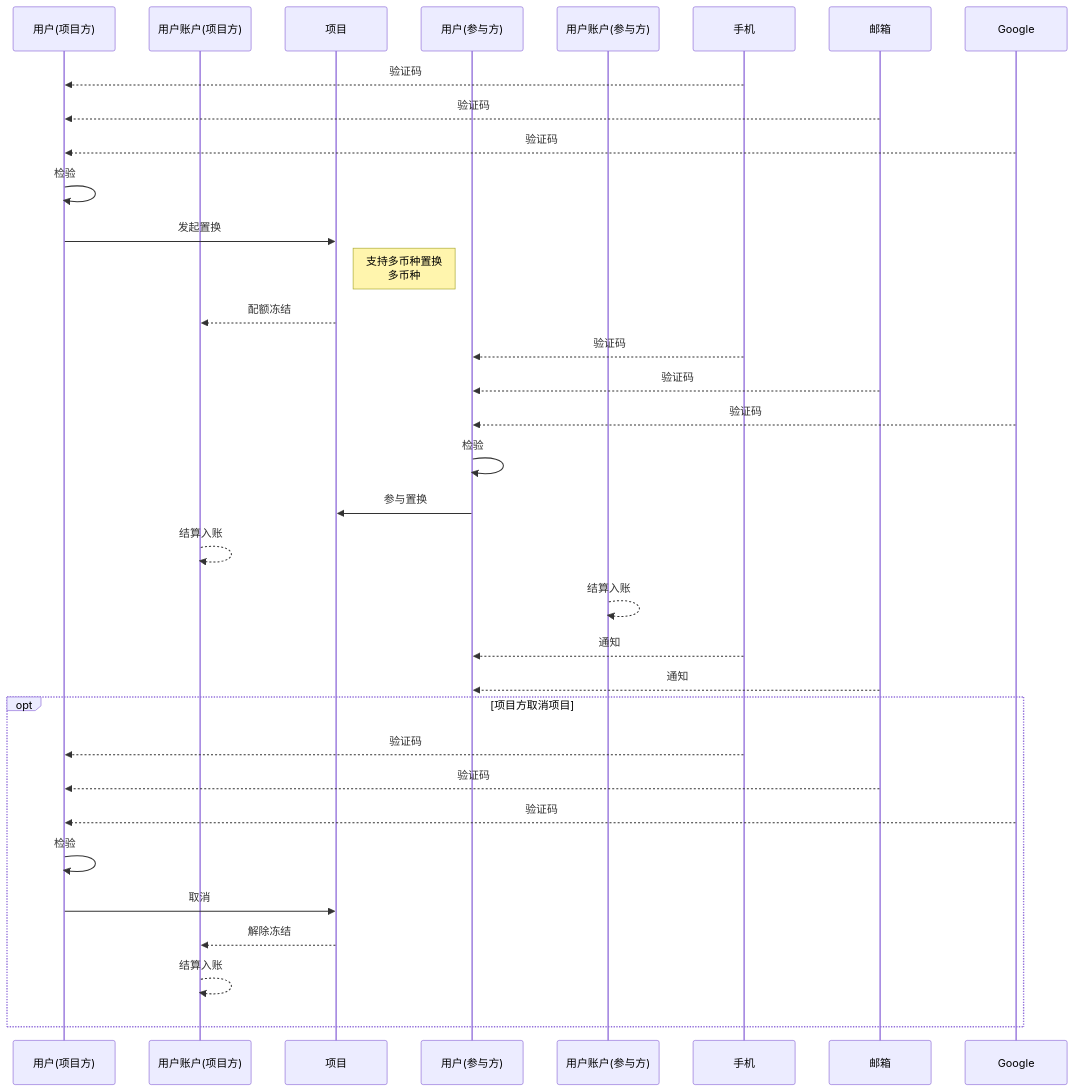
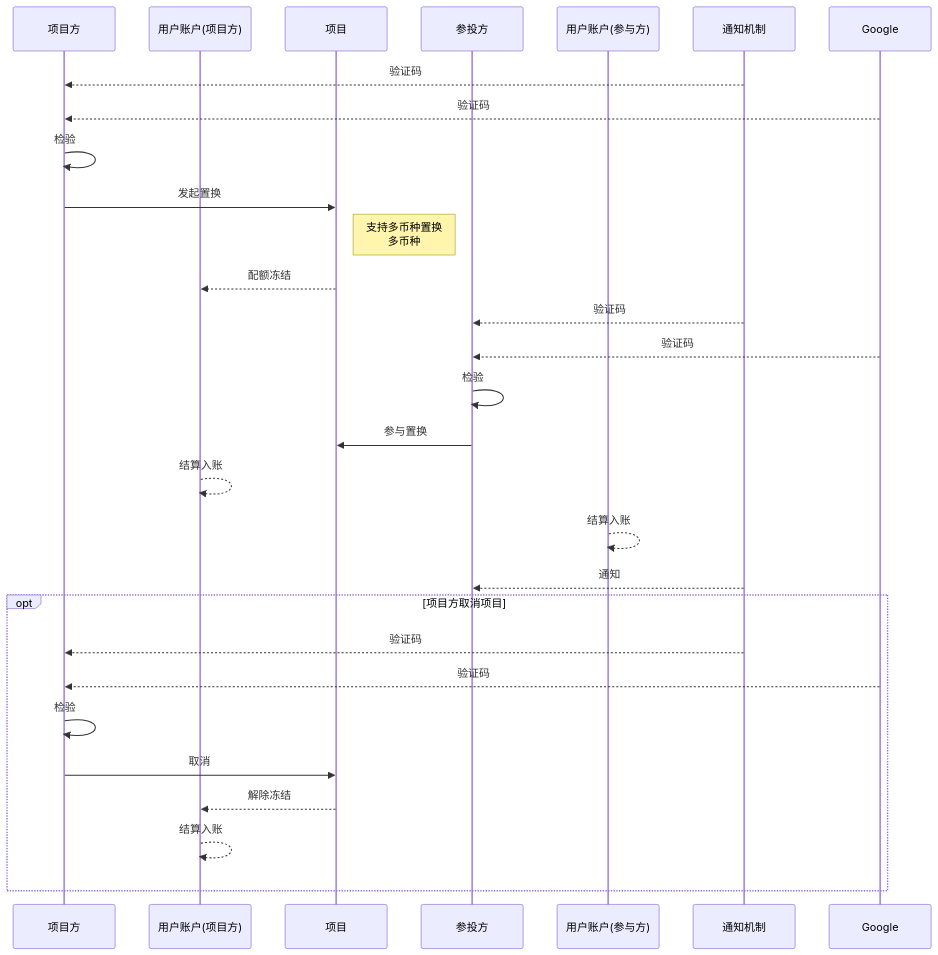
One commit to neomaclin/designdoc changed diagram 13 of 15 in Readme.md. Above: the diagram before and after it, drawn with Mermaid. The commit also changed other lines of this file, not shown here.

````diff
--- a/Readme.md
+++ b/Readme.md
@@ -295,37 +298,32 @@
 ```mermaid
     sequenceDiagram
-    participant u1 as 用户(项目方)
+    participant u1 as 项目方
     participant a1 as 用户账户(项目方)
     participant pr as 项目
-    participant u2 as 用户(参与方)
+    participant u2 as 参投方
     participant a2 as 用户账户(参与方)
-    participant p as 手机
-    participant m as 邮箱
+    participant n as 通知机制
     participant g as Google
 
-    p-->>u1: 验证码
-    m-->>u1: 验证码
+    n-->>u1: 验证码
     g-->>u1: 验证码
     u1->>u1: 检验
     u1->>pr: 发起置换
         note right of pr:支持多币种置换<br>多币种
     pr-->>a1: 配额冻结
-    p-->>u2: 验证码
-    m-->>u2: 验证码
+    n-->>u2: 验证码
     g-->>u2: 验证码
     u2->>u2: 检验
     u2->>pr: 参与置换
     a1-->>a1: 结算入账
     a2-->>a2: 结算入账
-    p-->>u2: 通知
-    m-->>u2: 通知
+    n-->>u2: 通知
     opt 项目方取消项目
-        p-->>u1: 验证码
-        m-->>u1: 验证码
+        n-->>u1: 验证码
         g-->>u1: 验证码
         u1->>u1: 检验
         u1->>pr: 取消
         pr-->>a1: 解除冻结
         a1-->>a1: 结算入账
     end
 ```
````
